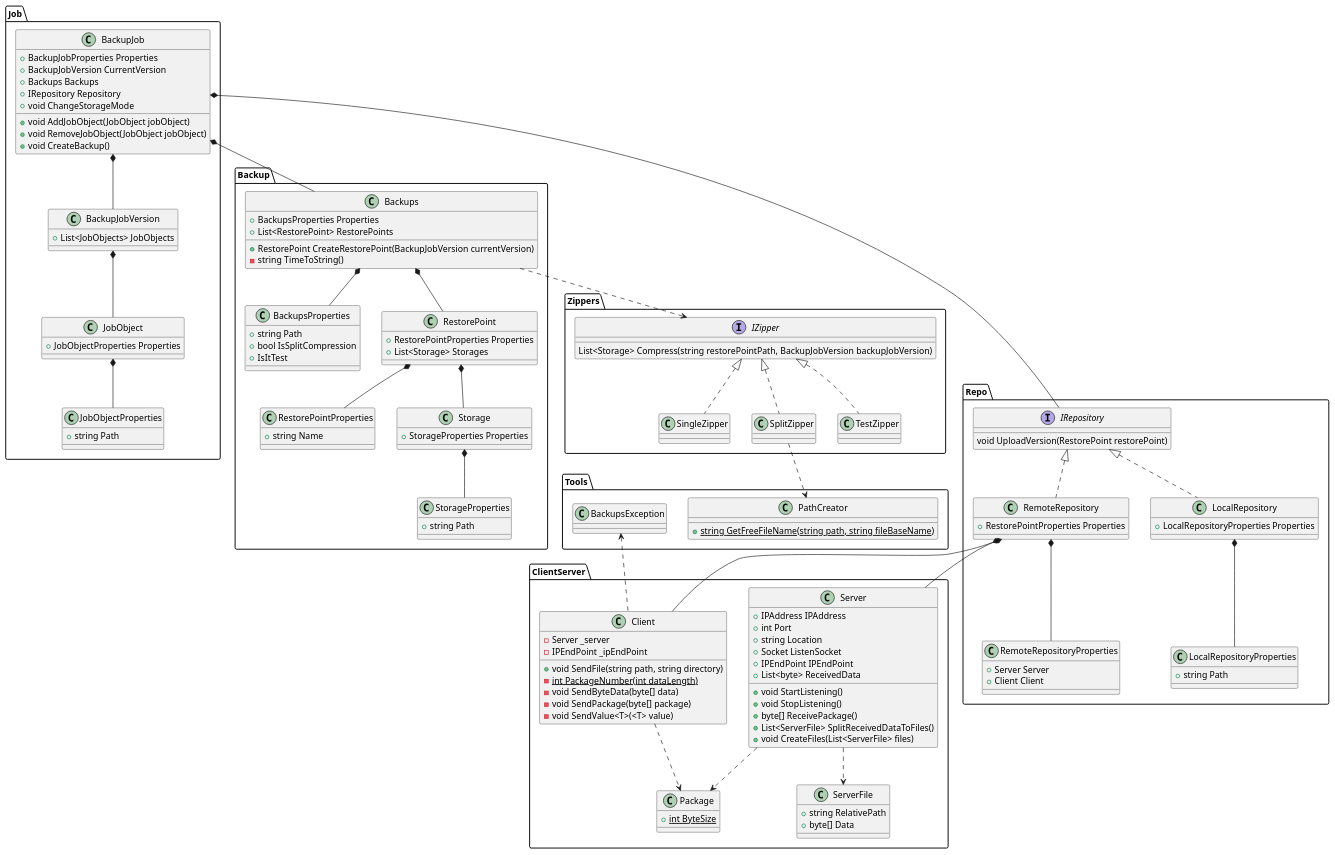
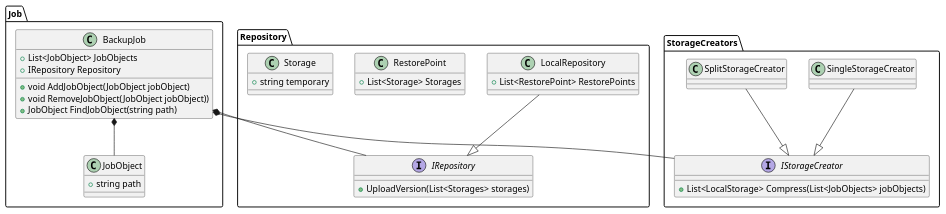
One commit to is-oop-y24/eeeedgar changed the diagram in Backups/backups.puml. Above: the diagram before and after it, drawn with PlantUML. The commit also changed 32 other files, not shown here.

```diff
--- a/Backups/backups.puml
+++ b/Backups/backups.puml
@@ -1,171 +1,59 @@
 @startuml
 'https://plantuml.com/class-diagram
+
 package Job
 {
     class BackupJob
     {
-        + BackupJobProperties Properties
-        + BackupJobVersion CurrentVersion
-        + Backups Backups
+        + List<JobObject> JobObjects
         + IRepository Repository
         + void AddJobObject(JobObject jobObject)
-        + void RemoveJobObject(JobObject jobObject)
-        + void CreateBackup()
-        + void ChangeStorageMode
+        + void RemoveJobObject(JobObject jobObject))
+        + JobObject FindJobObject(string path)
     }
-    class BackupJobVersion
-    {
-        + List<JobObjects> JobObjects
-    }
+    
     class JobObject
     {
-        + JobObjectProperties Properties
-    }
-    class JobObjectProperties
-    {
-        + string Path
+        + string path
     }
 }
-package Backup
+
+package Repository
 {
-    class Backups
+    interface IRepository
     {
-        + BackupsProperties Properties
+        + UploadVersion(List<Storages> storages)
+    }
+    
+    class LocalRepository
+    {
         + List<RestorePoint> RestorePoints
-        + RestorePoint CreateRestorePoint(BackupJobVersion currentVersion)
-        - string TimeToString()
-    }
-    class BackupsProperties
-    {
-        + string Path
-        + bool IsSplitCompression
-        + IsItTest
     }
     class RestorePoint
     {
-        + RestorePointProperties Properties
         + List<Storage> Storages
-    }
-    class RestorePointProperties
-    {
-        + string Name
     }
     class Storage
     {
-        + StorageProperties Properties
-    }
-    class StorageProperties
-    {
-        + string Path
+        + string temporary
     }
 }
-package Repo
+
+package StorageCreators
 {
-    interface IRepository
+    interface IStorageCreator
     {
-        void UploadVersion(RestorePoint restorePoint)
+        + List<LocalStorage> Compress(List<JobObjects> jobObjects)
     }
-    class LocalRepository
-    {
-        + LocalRepositoryProperties Properties
-    }
-    class LocalRepositoryProperties
-    {
-        + string Path
-    }
-    class RemoteRepository
-    {
-        + RestorePointProperties Properties
-    }
-    class RemoteRepositoryProperties
-    {
-        + Server Server
-        + Client Client
-    }
+    
+    class SingleStorageCreator
+    class SplitStorageCreator
 }
-package ClientServer
-{
-    class Server
-    {
-        + IPAddress IPAddress
-        + int Port
-        + string Location
-        + Socket ListenSocket
-        + IPEndPoint IPEndPoint
-        + List<byte> ReceivedData
-        + void StartListening()
-        + void StopListening()
-        + byte[] ReceivePackage()
-        + List<ServerFile> SplitReceivedDataToFiles()
-        + void CreateFiles(List<ServerFile> files)
-    }
-    class Client
-    {
-        - Server _server
-        - IPEndPoint _ipEndPoint
-        + void SendFile(string path, string directory)
-        - {static} int PackageNumber(int dataLength)
-        - void SendByteData(byte[] data)
-        - void SendPackage(byte[] package)
-        - void SendValue<T>(<T> value)
-    }
-    class Package
-    {
-        + {static} int ByteSize
-    }
-    class ServerFile
-    {
-        + string RelativePath
-        + byte[] Data
-    }
-}
-package Zippers
-{
-    interface IZipper
-    {
-        List<Storage> Compress(string restorePointPath, BackupJobVersion backupJobVersion)
-    }
-    class SingleZipper
-    class SplitZipper
-    class TestZipper
-}
-package Tools
-{
-    class PathCreator
-    {
-        + {static} string GetFreeFileName(string path, string fileBaseName)
-    }
-    class BackupsException
-}
-BackupJob *-- BackupJobVersion
-BackupJob *-- Backups
+
+BackupJob *-- JobObject
 BackupJob *-- IRepository
-BackupJobVersion *-- JobObject
-JobObject *-- JobObjectProperties
-
-Backups *-- RestorePoint
-Backups *-- BackupsProperties
-Backups ..> IZipper
-RestorePoint *-- Storage
-RestorePoint *-- RestorePointProperties
-Storage *-- StorageProperties
-
-IRepository <|.. LocalRepository
-IRepository <|.. RemoteRepository
-RemoteRepository *-- Server
-RemoteRepository *-- Client
-RemoteRepository *-- RemoteRepositoryProperties
-LocalRepository *-- LocalRepositoryProperties
-
-IZipper <|.. SingleZipper
-IZipper <|.. SplitZipper
-IZipper <|.. TestZipper
-SplitZipper ..> PathCreator
-
-Server ..> ServerFile
-Server ..> Package
-Client ..> Package
-
-BackupsException <.. Client
-
+BackupJob *-- IStorageCreator
+LocalRepository --|> IRepository
+SingleStorageCreator --|> IStorageCreator
+SplitStorageCreator --|> IStorageCreator
 @enduml
```
